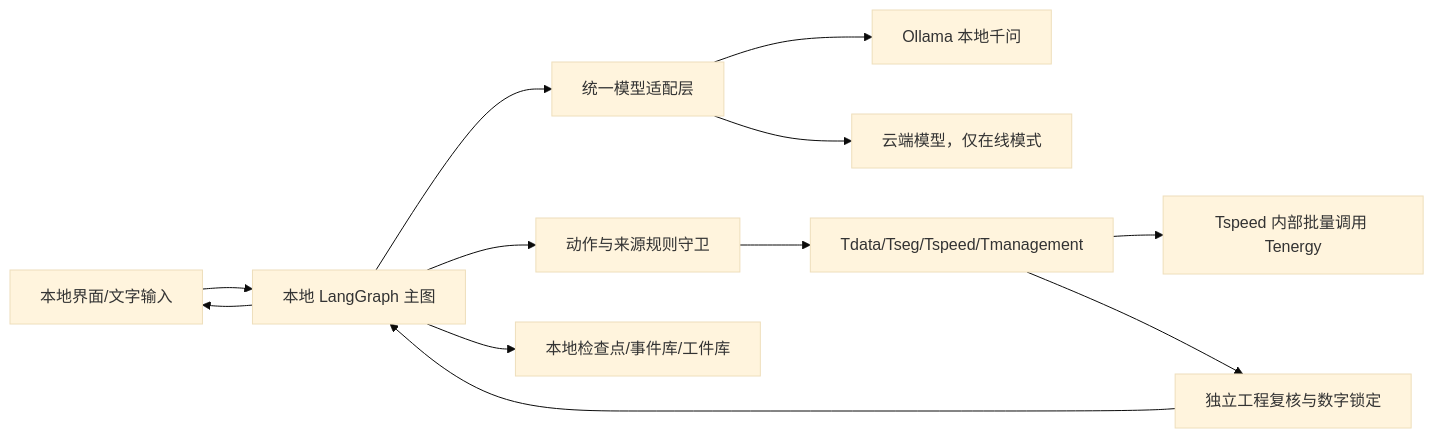
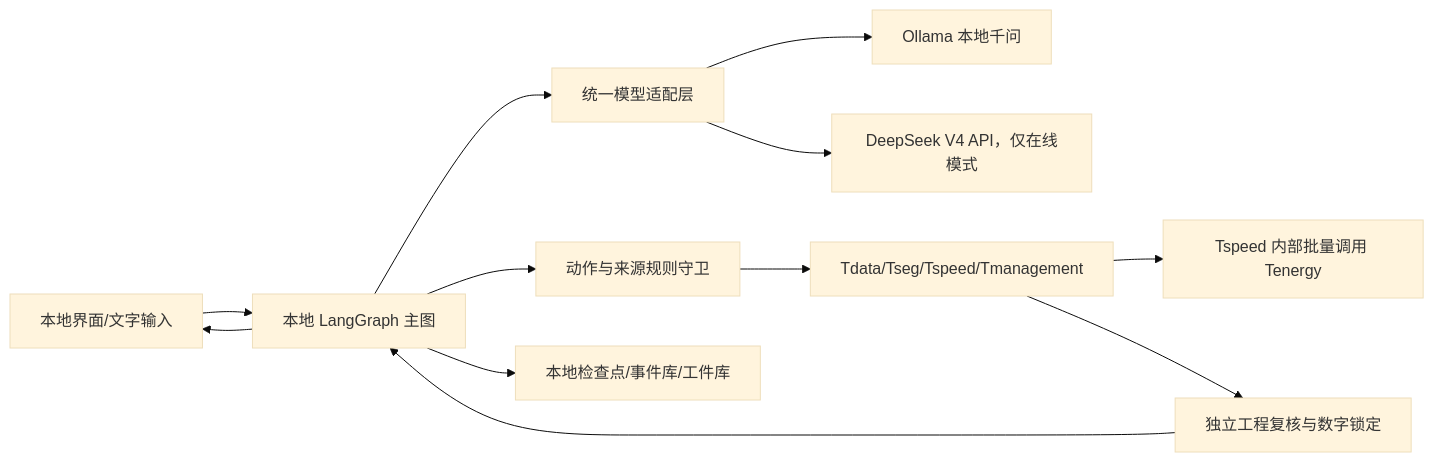
One commit to Brandon9951a/Ship-Agent changed the diagram in docs/团队资料/02_当前设计/离线构建方案.md. Above: the diagram before and after it, drawn with Mermaid (base theme). The commit also changed other lines of this file and 1 other file, not shown here.

Commit message:
docs: name DeepSeek V4 as online model

````diff
--- a/docs/团队资料/02_当前设计/离线构建方案.md
+++ b/docs/团队资料/02_当前设计/离线构建方案.md
@@ -23,14 +23,14 @@
 ```mermaid
 flowchart LR
     UI[本地界面/文字输入] --> GRAPH[本地 LangGraph 主图]
     GRAPH --> GATEWAY[统一模型适配层]
     GATEWAY --> OLLAMA[Ollama 本地千问]
-    GATEWAY --> CLOUD[云端模型，仅在线模式]
+    GATEWAY --> CLOUD[DeepSeek V4 API，仅在线模式]
     GRAPH --> GUARD[动作与来源规则守卫]
     GUARD --> TOOLS[Tdata/Tseg/Tspeed/Tmanagement]
     TOOLS --> ENERGY[Tspeed 内部批量调用 Tenergy]
     TOOLS --> VERIFY[独立工程复核与数字锁定]
     VERIFY --> GRAPH
     GRAPH --> STORE[本地检查点/事件库/工件库]
     GRAPH --> UI
 ```
````
